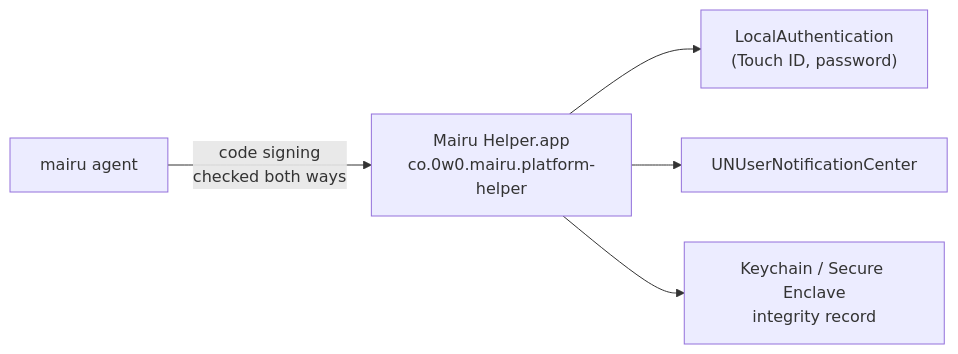
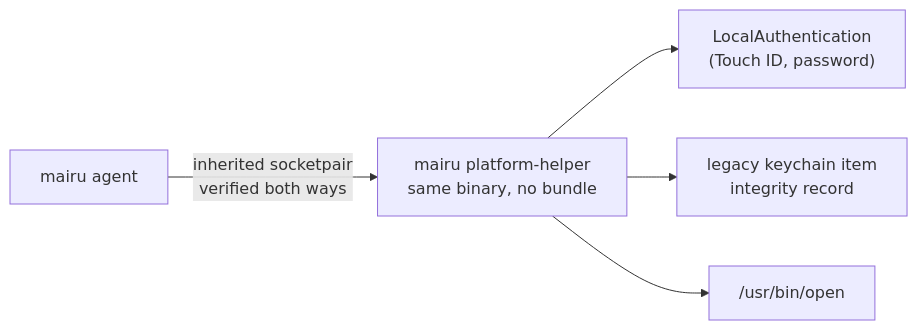
The fifth of 5 diagrams in docs/specs/platform-helper.md (sorah/mairu), drawn with Mermaid before and after one commit. The commit also changed other lines of this file and 2 other files, not shown here.

First line of the commit message:
docs/specs: always run platform services in the helper

````diff
--- a/docs/specs/platform-helper.md
+++ b/docs/specs/platform-helper.md
@@ -582,7 +630,7 @@
 ```mermaid
 flowchart LR
-  A["mairu agent"] -- "code signing<br/>checked both ways" --> H["Mairu Helper.app<br/>co.0w0.mairu.platform-helper"]
+  A["mairu agent"] -- "inherited socketpair<br/>verified both ways" --> H["mairu platform-helper<br/>same binary, no bundle"]
   H --> LA["LocalAuthentication<br/>(Touch ID, password)"]
-  H --> UN["UNUserNotificationCenter"]
-  H --> KC["Keychain / Secure Enclave<br/>integrity record"]
+  H --> KC["legacy keychain item<br/>integrity record"]
+  H --> OP["/usr/bin/open"]
 ```
````
